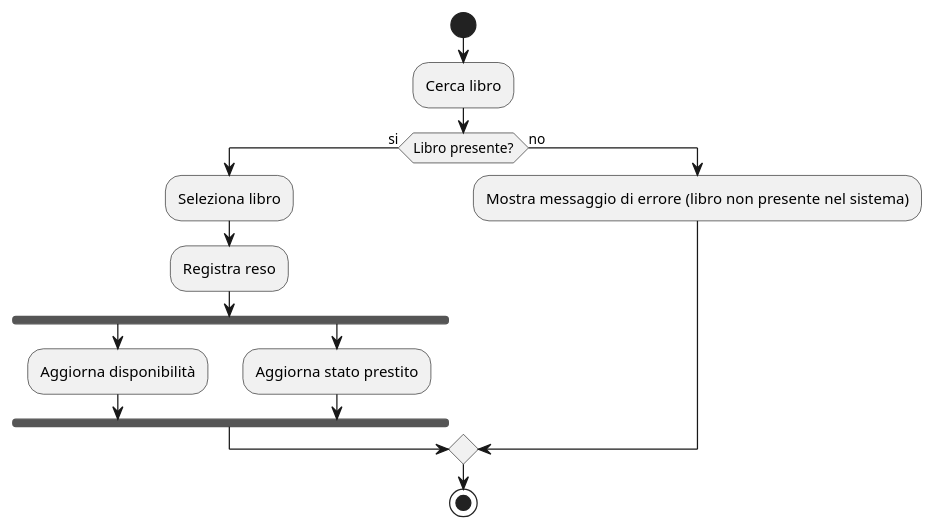
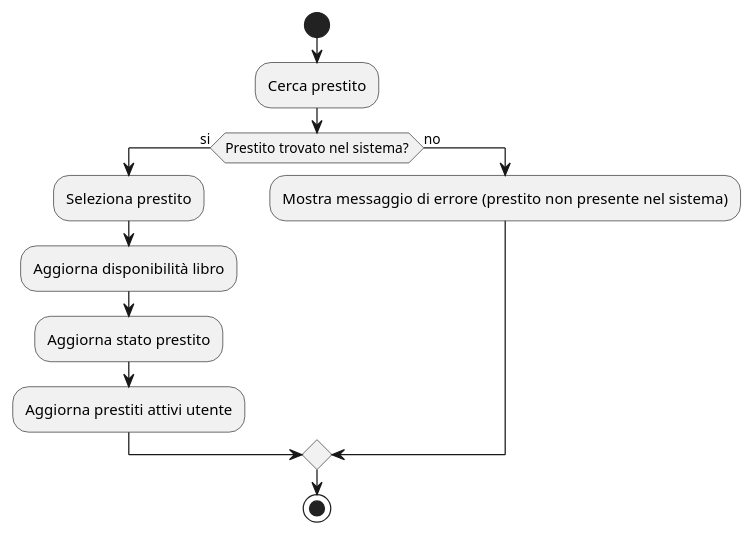
The diagram in docs/uml/DiagrammiAttività/DiagrammaAttivitàRestituzione.puml (Meziu/easylibrary), drawn with PlantUML before and after one commit.

Commit message:
Modifica diagramma attività restituzione

```diff
--- a/docs/uml/DiagrammiAttività/DiagrammaAttivitàRestituzione.puml
+++ b/docs/uml/DiagrammiAttività/DiagrammaAttivitàRestituzione.puml
@@ -1,16 +1,13 @@
 @startuml
 start
-:Cerca libro;
-if (Libro presente?) then (si)
-    :Seleziona libro;
-    :Registra reso;
-    fork
-        :Aggiorna disponibilità;
-    fork again
-        :Aggiorna stato prestito;
-    end fork
+:Cerca prestito;
+if (Prestito trovato nel sistema?) then (si)
+    :Seleziona prestito;
+    :Aggiorna disponibilità libro;
+    :Aggiorna stato prestito;
+    :Aggiorna prestiti attivi utente;
 else (no)
-    :Mostra messaggio di errore (libro non presente nel sistema);
+    :Mostra messaggio di errore (prestito non presente nel sistema);
 endif
 stop
 @enduml
```
